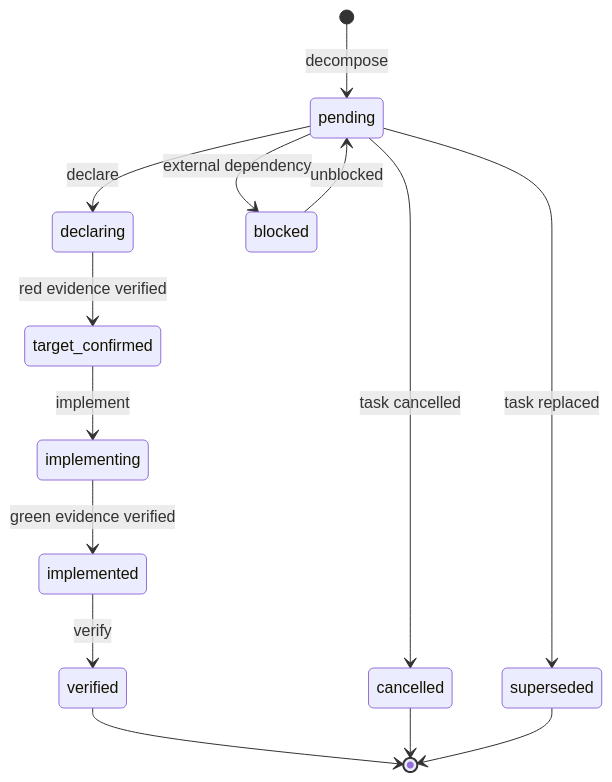
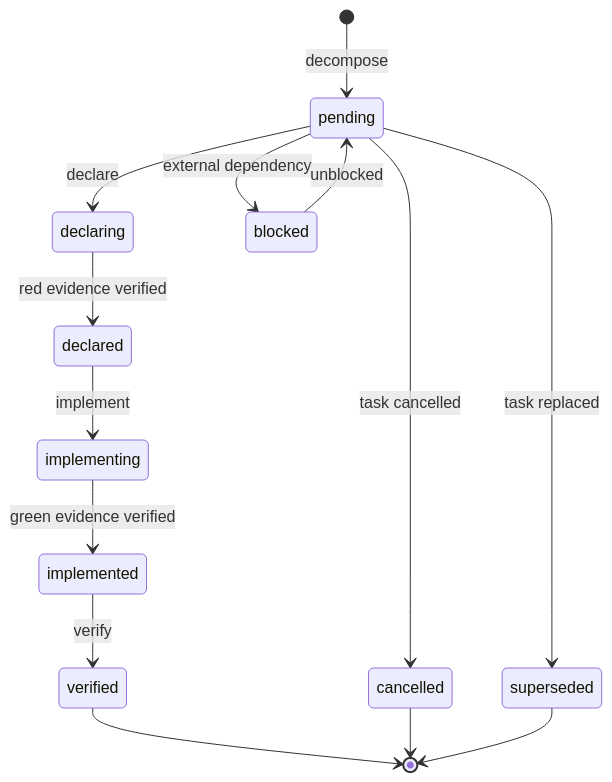
Before and after one commit to gste/deltafuse: the third of 5 diagrams in docs/state-machine.md, drawn with Mermaid. The commit also changed other lines of this file and 17 other files, not shown here.

````diff
--- a/docs/state-machine.md
+++ b/docs/state-machine.md
@@ -114,18 +114,18 @@
 ```mermaid
 stateDiagram-v2
     [*] --> pending: decompose
     pending --> declaring: declare
-    declaring --> target_confirmed: red evidence verified
-    target_confirmed --> implementing: implement
+    declaring --> declared: red evidence verified
+    declared --> implementing: implement
     implementing --> implemented: green evidence verified
     implemented --> verified: verify
     
     pending --> blocked: external dependency
     blocked --> pending: unblocked
     pending --> cancelled: task cancelled
     pending --> superseded: task replaced
     
     verified --> [*]
     cancelled --> [*]
     superseded --> [*]
 ```
````
